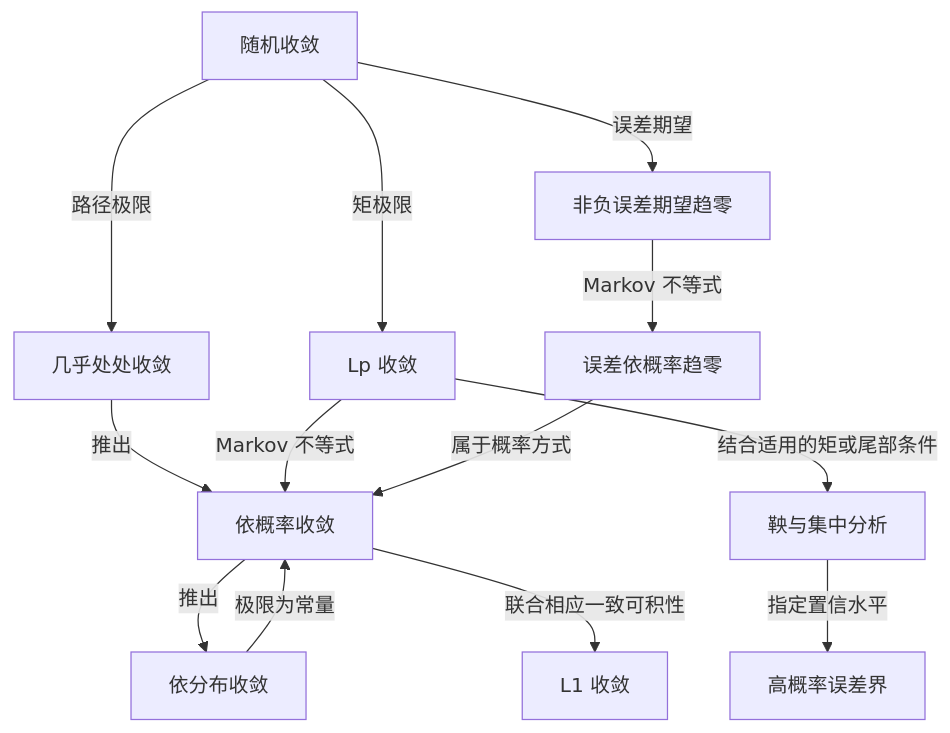
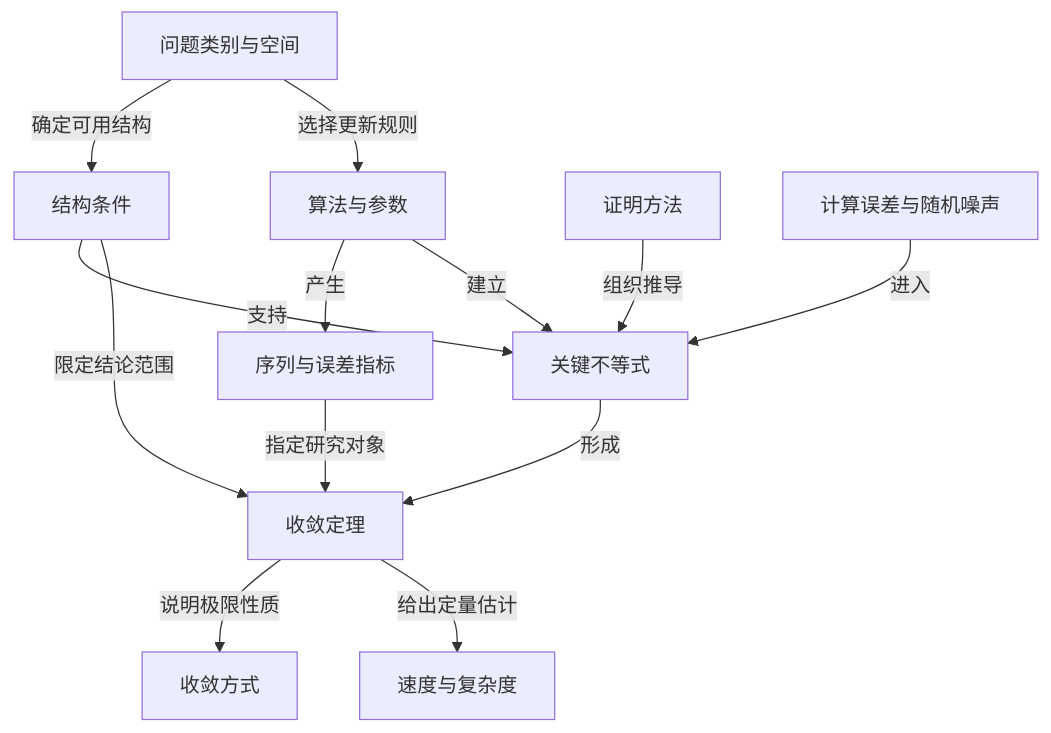
The first of 5 diagrams in _posts/2026-11-14-optimization-convergence-map.zh-CN.md (ConanXu-math/conanxu-math.github.io), drawn with Mermaid before and after one commit. The commit also changed other lines of this file and 5 other files, not shown here.

````diff
--- a/_posts/2026-11-14-optimization-convergence-map.zh-CN.md
+++ b/_posts/2026-11-14-optimization-convergence-map.zh-CN.md
@@ -2001,15 +28,15 @@
 ```mermaid
 flowchart TD
-  map_probability["随机收敛"] -->|路径极限| prob_as["几乎处处收敛"]
-  map_probability -->|矩极限| prob_lp["Lp 收敛"]
-  map_probability -->|误差期望| prob_expectation["非负误差期望趋零"]
-  prob_as -->|推出| prob_probability["依概率收敛"]
-  prob_lp -->|Markov 不等式| prob_probability
-  prob_expectation -->|Markov 不等式| prob_error_probability["误差依概率趋零"]
-  prob_probability -->|推出| prob_distribution["依分布收敛"]
-  prob_distribution -->|极限为常量| prob_probability
-  prob_probability -->|联合相应一致可积性| prob_l1["L1 收敛"]
-  prob_error_probability -->|属于概率方式| prob_probability
-  prob_lp -->|结合适用的矩或尾部条件| method_concentration["鞅与集中分析"]
-  method_concentration -->|指定置信水平| prob_high["高概率误差界"]
+  P["问题类别与空间"] -->|确定可用结构| C["结构条件"]
+  P -->|选择更新规则| A["算法与参数"]
+  A -->|产生| O["序列与误差指标"]
+  A -->|建立| I["关键不等式"]
+  C -->|支持| I
+  M["证明方法"] -->|组织推导| I
+  N["计算误差与随机噪声"] -->|进入| I
+  I -->|形成| T["收敛定理"]
+  O -->|指定研究对象| T
+  T -->|说明极限性质| W["收敛方式"]
+  T -->|给出定量估计| R["速度与复杂度"]
+  C -->|限定结论范围| T
 ```
````
